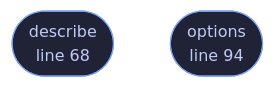
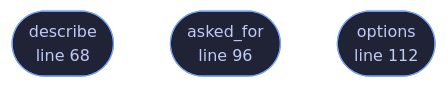
One commit to tilas01/veilvoice changed the diagram in docs/files/veilvoice-gui/graphics.md. Above: the diagram before and after it, drawn with Mermaid. The commit also changed other lines of this file and 49 other files, not shown here.

First line of the commit message:
graphics: acceleration is a switch, and a test that had a sound card

````diff
--- a/docs/files/veilvoice-gui/graphics.md
+++ b/docs/files/veilvoice-gui/graphics.md
@@ -89,10 +90,12 @@
 ```mermaid
 %%{init: {"theme":"base","themeVariables":{"background":"#1a1b26","primaryColor":"#1f2335","primaryTextColor":"#c0caf5","primaryBorderColor":"#7aa2f7","secondaryColor":"#16161e","tertiaryColor":"#16161e","lineColor":"#737aa2","textColor":"#c0caf5","mainBkg":"#1f2335","nodeBorder":"#7aa2f7","clusterBkg":"#16161e","clusterBorder":"#2f3549","fontFamily":"ui-monospace, SFMono-Regular, Consolas, monospace","fontSize":"14px"}}}%%
 flowchart TD
     n_describe(["describe<br/>line 68"])
-    n_options(["options<br/>line 94"])
+    n_asked_for(["asked_for<br/>line 96"])
+    n_options(["options<br/>line 112"])
     click n_describe href "https://github.com/tilas01/veilvoice/blob/main/crates/veilvoice-gui/src/graphics.rs#L68" "open the source"
-    click n_options href "https://github.com/tilas01/veilvoice/blob/main/crates/veilvoice-gui/src/graphics.rs#L94" "open the source"
+    click n_asked_for href "https://github.com/tilas01/veilvoice/blob/main/crates/veilvoice-gui/src/graphics.rs#L96" "open the source"
+    click n_options href "https://github.com/tilas01/veilvoice/blob/main/crates/veilvoice-gui/src/graphics.rs#L112" "open the source"
     classDef entry fill:#1f2335,stroke:#7aa2f7,color:#c0caf5
-    class n_describe,n_options entry
+    class n_describe,n_asked_for,n_options entry
 ```
````
